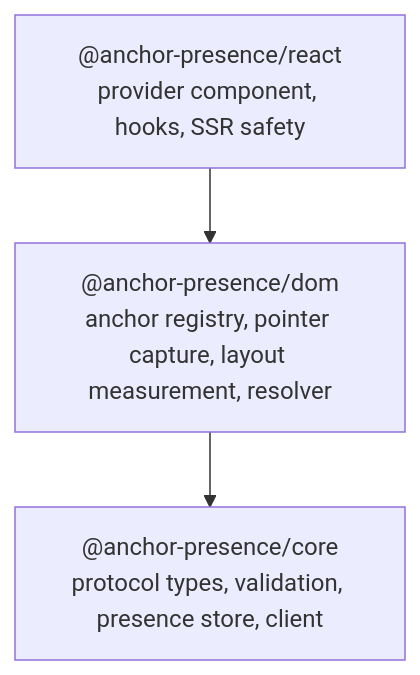
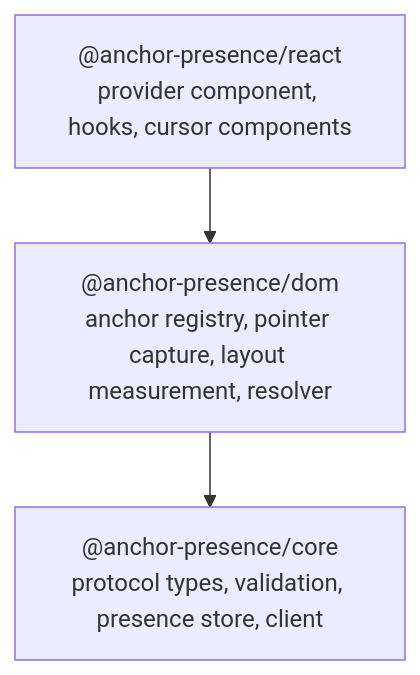
The first of 2 diagrams in apps/docs/content/docs/get-started/concepts/how-it-works.mdx (DammersCode/anchor-presence), drawn with Mermaid before and after one commit. The commit also changed other lines of this file and 148 other files, not shown here.

````diff
--- a/apps/docs/content/docs/get-started/concepts/how-it-works.mdx
+++ b/apps/docs/content/docs/get-started/concepts/how-it-works.mdx
@@ -24,10 +19,10 @@
 ```mermaid
 flowchart TB
     accTitle: Package layers
     accDescr: @anchor-presence/react depends on @anchor-presence/dom, which depends on @anchor-presence/core.
-    react["@anchor-presence/react<br/>provider component, hooks, SSR safety"]
+    react["@anchor-presence/react<br/>provider component, hooks, cursor components"]
     dom["@anchor-presence/dom<br/>anchor registry, pointer capture, layout measurement, resolver"]
     core["@anchor-presence/core<br/>protocol types, validation, presence store, client"]
 
     react --> dom --> core
 ```
````
